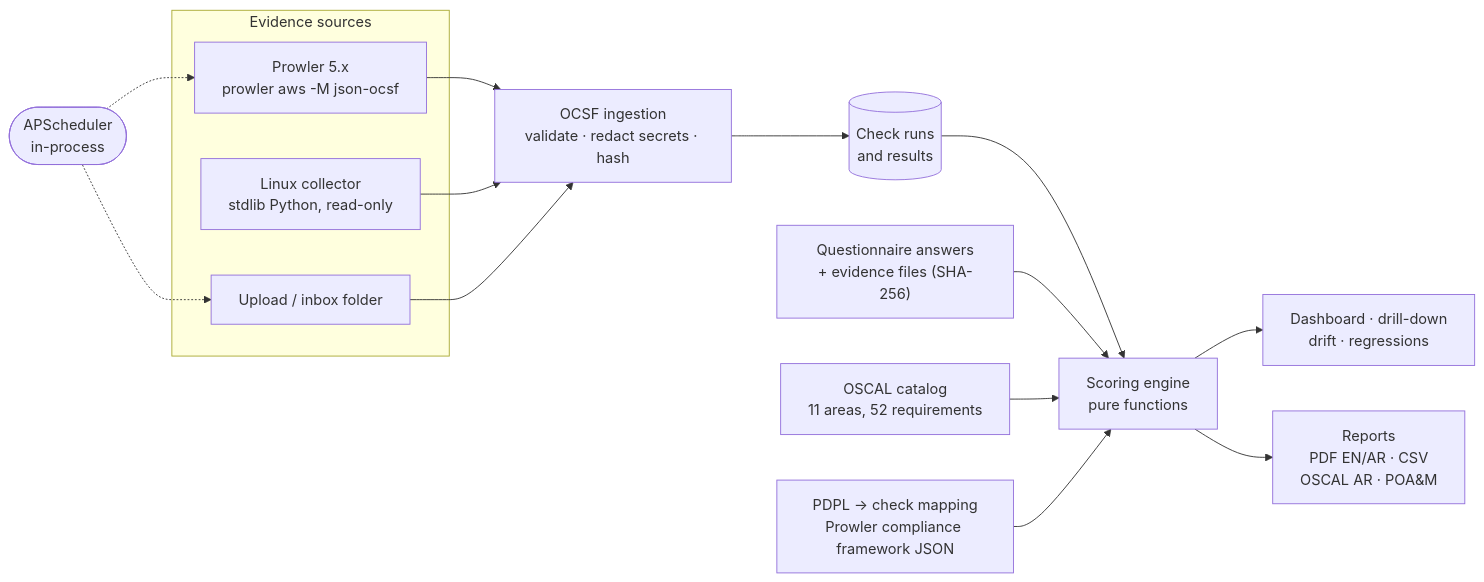
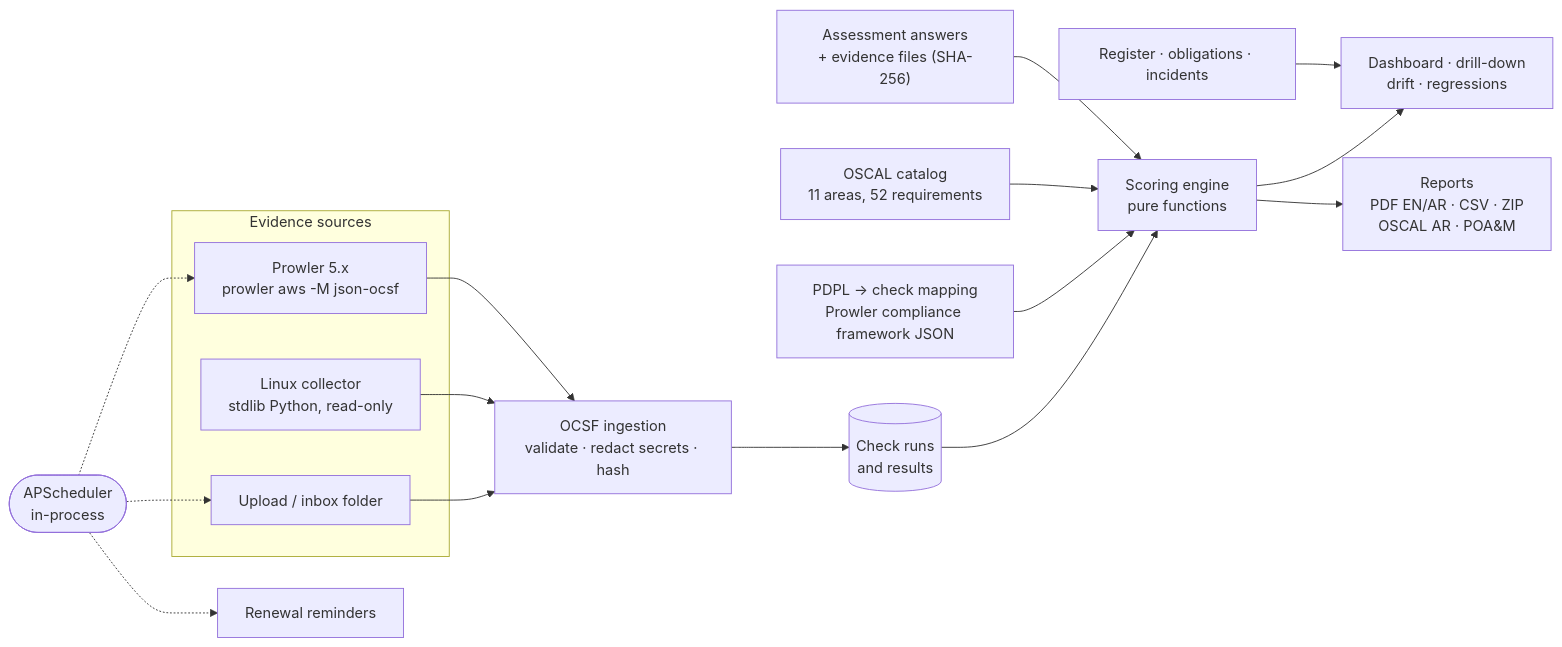
Before and after one commit to lumidren/Sijill-: the diagram in README.md, drawn with Mermaid. The commit also changed other lines of this file and 1 other file, not shown here.

````diff
--- a/README.md
+++ b/README.md
@@ -57,23 +65,26 @@
 ```mermaid
 flowchart LR
   subgraph Evidence sources
     P["Prowler 5.x<br/>prowler aws -M json-ocsf"]
     L["Linux collector<br/>stdlib Python, read-only"]
     U["Upload / inbox folder"]
   end
-  Q["Questionnaire answers<br/>+ evidence files (SHA-256)"]
+  Q["Assessment answers<br/>+ evidence files (SHA-256)"]
   C["OSCAL catalog<br/>11 areas, 52 requirements"]
   M["PDPL → check mapping<br/>Prowler compliance framework JSON"]
+  R2["Register · obligations · incidents"]
   P --> I
   L --> I
   U --> I
   I["OCSF ingestion<br/>validate · redact secrets · hash"] --> R[("Check runs<br/>and results")]
   R --> S["Scoring engine<br/>pure functions"]
   Q --> S
   C --> S
   M --> S
   S --> D["Dashboard · drill-down<br/>drift · regressions"]
-  S --> X["Reports<br/>PDF EN/AR · CSV<br/>OSCAL AR · POA&M"]
+  R2 --> D
+  S --> X["Reports<br/>PDF EN/AR · CSV · ZIP<br/>OSCAL AR · POA&M"]
   APS(["APScheduler<br/>in-process"]) -.-> P
   APS -.-> U
+  APS -.-> RM["Renewal reminders"]
 ```
````
